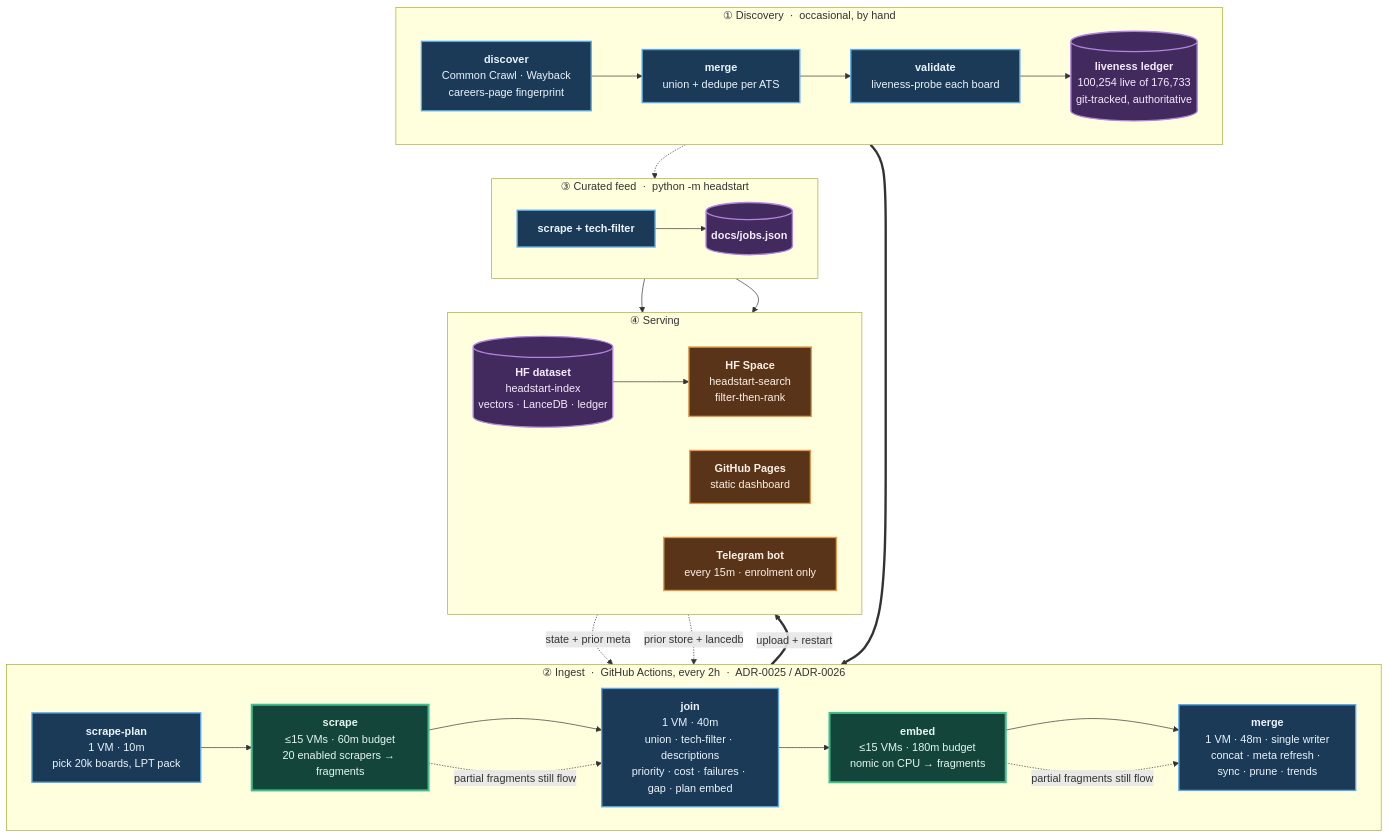
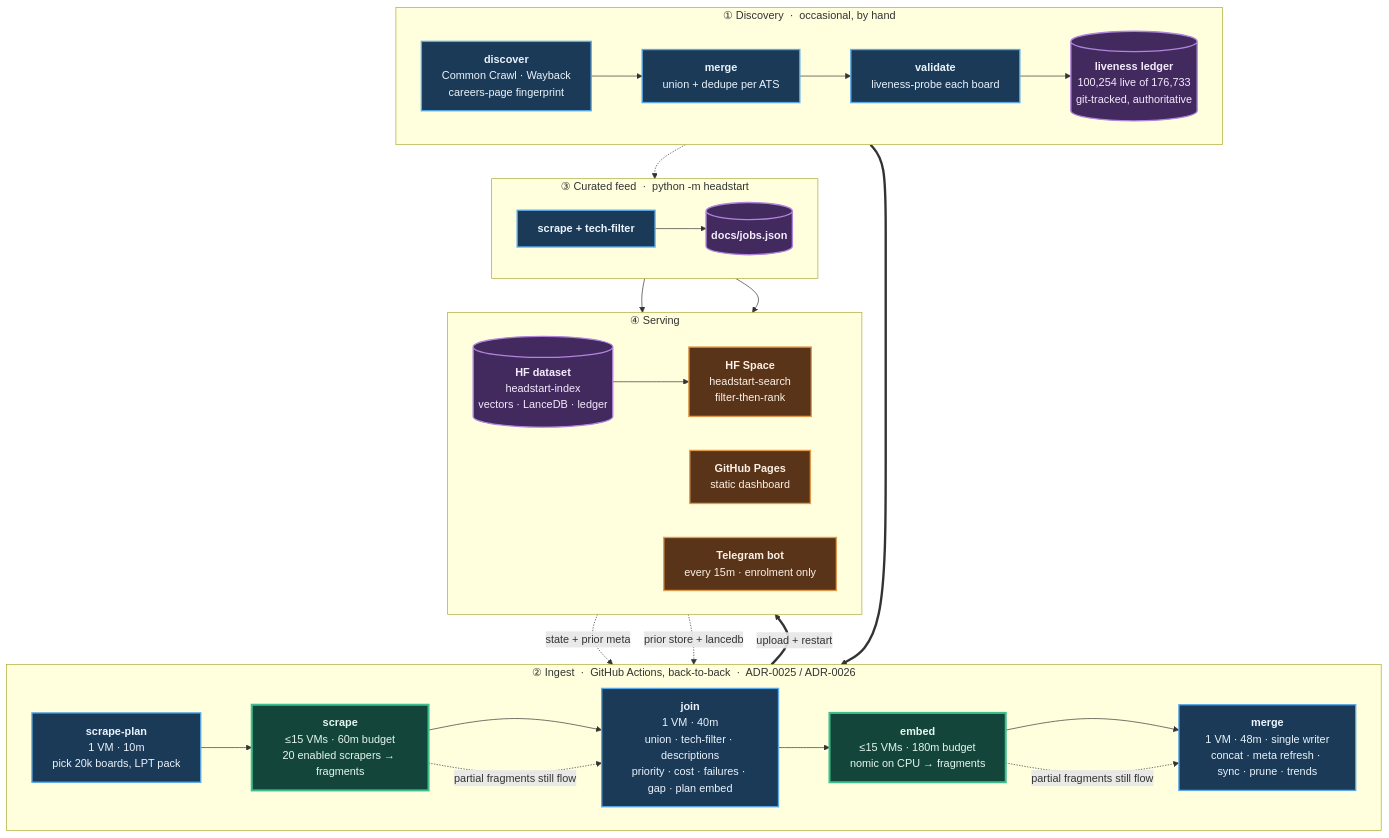
The diagram in README.md (sarthakjain004/headstart), drawn with Mermaid before and after one commit. The commit also changed other lines of this file and 12 other files, not shown here.

````diff
--- a/README.md
+++ b/README.md
@@ -35,56 +35,56 @@
 ```mermaid
 flowchart TB
     subgraph D["① Discovery &nbsp;·&nbsp; occasional, by hand"]
         direction LR
         D1["<b>discover</b><br/>Common Crawl · Wayback<br/>careers-page fingerprint"]
         D2["<b>merge</b><br/>union + dedupe per ATS"]
         D3["<b>validate</b><br/>liveness-probe each board"]
         D4[("<b>liveness ledger</b><br/>100,254 live of 176,733<br/>git-tracked, authoritative")]
         D1 --> D2 --> D3 --> D4
     end
 
-    subgraph P["② Ingest &nbsp;·&nbsp; GitHub Actions, every 2h &nbsp;·&nbsp; ADR-0025 / ADR-0026"]
+    subgraph P["② Ingest &nbsp;·&nbsp; GitHub Actions, back-to-back &nbsp;·&nbsp; ADR-0025 / ADR-0026"]
         direction LR
         P1["<b>scrape-plan</b><br/>1 VM · 10m<br/>pick 20k boards, LPT pack"]
         P2["<b>scrape</b><br/>≤15 VMs · 60m budget<br/>20 enabled scrapers → fragments"]
         P3["<b>join</b><br/>1 VM · 40m<br/>union · tech-filter · descriptions<br/>priority · cost · failures · gap · plan embed"]
         P4["<b>embed</b><br/>≤15 VMs · 180m budget<br/>nomic on CPU → fragments"]
         P5["<b>merge</b><br/>1 VM · 48m · single writer<br/>concat · meta refresh · sync · prune · trends"]
         P1 --> P2 --> P3 --> P4 --> P5
     end
 
     subgraph F["③ Curated feed &nbsp;·&nbsp; python -m headstart"]
         direction LR
         F1["<b>scrape + tech-filter</b>"]
         F2[("<b>docs/jobs.json</b>")]
         F1 --> F2
     end
 
     subgraph S["④ Serving"]
         direction LR
         S1[("<b>HF dataset</b><br/>headstart-index<br/>vectors · LanceDB · ledger")]
         S2["<b>HF Space</b><br/>headstart-search<br/>filter-then-rank"]
         S3["<b>GitHub Pages</b><br/>static dashboard"]
         S4["<b>Telegram bot</b><br/>every 15m · enrolment only"]
         S1 --> S2
     end
 
     D4 ==> P1
     S1 -. "state + prior meta" .-> P1
     S1 -. "prior store + lancedb" .-> P5
     D4 -.-> F1
     P5 ==>|"upload + restart"| S1
     F2 --> S3
     F2 --> S4
     P2 -. "partial fragments still flow" .-> P3
     P4 -. "partial fragments still flow" .-> P5
 
     classDef serial fill:#1b3a57,stroke:#5aa9e6,stroke-width:2px,color:#eaf4fc
     classDef fan fill:#14453a,stroke:#3fbf8f,stroke-width:3px,color:#e4f7f0
     classDef store fill:#42295e,stroke:#b184dd,stroke-width:2px,color:#f4ecfc
     classDef serve fill:#5a3418,stroke:#e09a4f,stroke-width:2px,color:#fbf1e6
     class D1,D2,D3,P1,P3,P5,F1 serial
     class P2,P4 fan
     class D4,F2,S1 store
     class S2,S3,S4 serve
 ```
````
